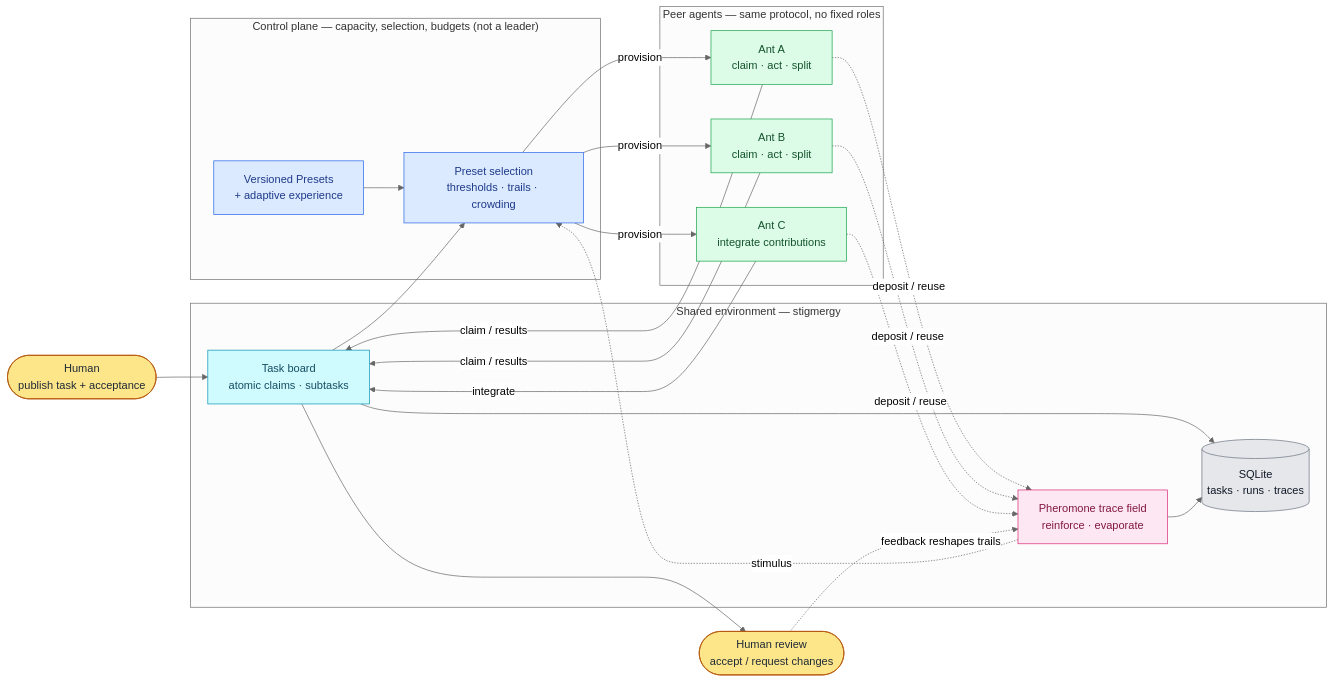
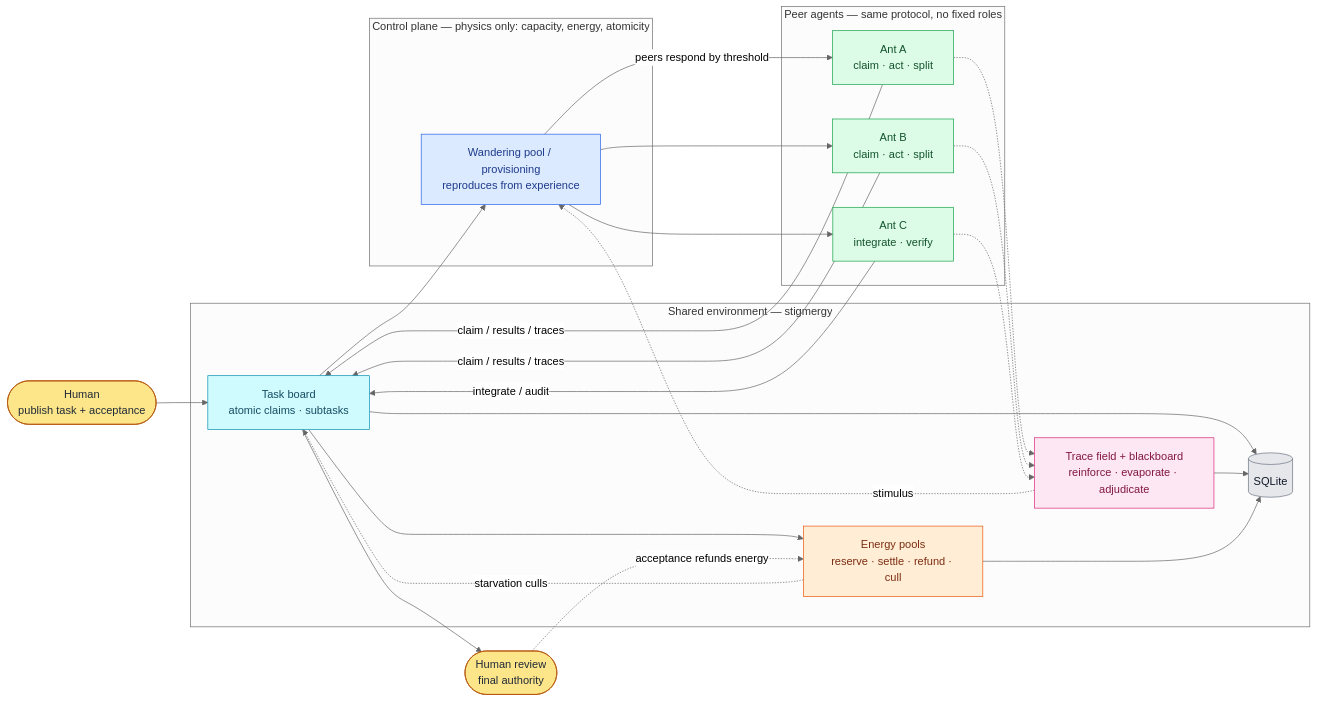
One commit to NeoPanic/Ant3 changed the diagram in README.md. Above: the diagram before and after it, drawn with Mermaid (neutral theme). The commit also changed other lines of this file and 12 other files, not shown here.

````diff
--- a/README.md
+++ b/README.md
@@ -123,47 +92,50 @@
 ```mermaid
 flowchart LR
     Human(["Human<br/>publish task + acceptance"]):::human
-    Review(["Human review<br/>accept / request changes"]):::human
+    Review(["Human review<br/>final authority"]):::human
 
-    subgraph Control["Control plane — capacity, selection, budgets (not a leader)"]
-        Selector["Preset selection<br/>thresholds · trails · crowding"]:::control
-        Presets["Versioned Presets<br/>+ adaptive experience"]:::control
+    subgraph Physics["Control plane — physics only: capacity, energy, atomicity"]
+        Pool["Wandering pool / provisioning<br/>reproduces from experience"]:::control
     end
 
     subgraph Swarm["Peer agents — same protocol, no fixed roles"]
         A["Ant A<br/>claim · act · split"]:::agent
         B["Ant B<br/>claim · act · split"]:::agent
-        C["Ant C<br/>integrate contributions"]:::agent
+        C["Ant C<br/>integrate · verify"]:::agent
     end
 
     subgraph Env["Shared environment — stigmergy"]
         Board["Task board<br/>atomic claims · subtasks"]:::env
-        Traces["Pheromone trace field<br/>reinforce · evaporate"]:::trace
-        State[("SQLite<br/>tasks · runs · traces")]:::store
+        Traces["Trace field + blackboard<br/>reinforce · evaporate · adjudicate"]:::trace
+        Energy["Energy pools<br/>reserve · settle · refund · cull"]:::energy
+        State[("SQLite")]:::store
     end
 
     Human --> Board
-    Board --> Selector
-    Presets --> Selector
-    Selector -->|provision| A
-    Selector -->|provision| B
-    Selector -->|provision| C
-    A -->|claim / results| Board
-    B -->|claim / results| Board
-    C -->|integrate| Board
-    A -.->|deposit / reuse| Traces
-    B -.->|deposit / reuse| Traces
-    C -.->|deposit / reuse| Traces
-    Traces -.->|stimulus| Selector
+    Board --> Pool
+    Pool -->|peers respond by threshold| A
+    Pool --> B
+    Pool --> C
+    A -->|claim / results / traces| Board
+    B -->|claim / results / traces| Board
+    C -->|integrate / audit| Board
+    A -.-> Traces
+    B -.-> Traces
+    C -.-> Traces
+    Traces -.->|stimulus| Pool
+    Board --> Energy
+    Energy -.->|starvation culls| Board
     Board --> State
     Traces --> State
+    Energy --> State
     Board --> Review
-    Review -.->|feedback reshapes trails| Traces
+    Review -.->|acceptance refunds energy| Energy
 
     classDef human fill:#fde68a,stroke:#b45309,color:#1f2937;
     classDef control fill:#dbeafe,stroke:#2563eb,color:#1e3a8a;
     classDef agent fill:#dcfce7,stroke:#16a34a,color:#14532d;
     classDef env fill:#cffafe,stroke:#0891b2,color:#164e63;
     classDef trace fill:#fce7f3,stroke:#db2777,color:#831843;
+    classDef energy fill:#ffedd5,stroke:#ea580c,color:#7c2d12;
     classDef store fill:#e5e7eb,stroke:#6b7280,color:#111827;
 ```
````
